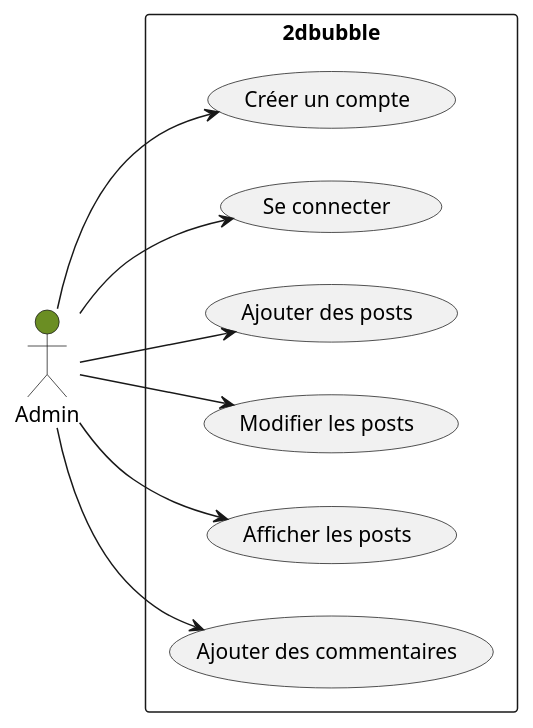
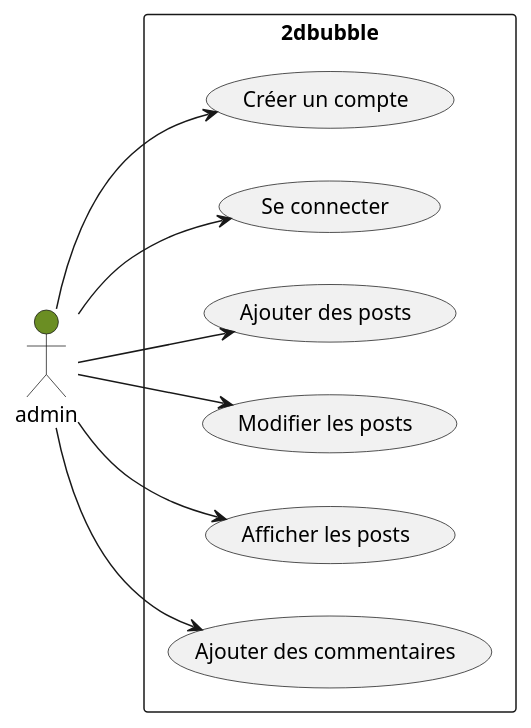
The diagram in diagrammes-uml/UserCase/UserAdmin.puml (laurasullyalexandrine/the2dbubbles), drawn with PlantUML before and after one commit. The commit also changed 15 other files, not shown here.

```diff
--- a/diagrammes-uml/UserCase/UserAdmin.puml
+++ b/diagrammes-uml/UserCase/UserAdmin.puml
@@ -2,23 +2,23 @@
-@startuml Admin
+@startuml admin
 
 left to right direction
 
-actor "Admin" as Admin #OliveDrab
+actor "admin" as admin #OliveDrab
 
 rectangle 2dbubble{
   usecase "Créer un compte" as UC1
   usecase "Se connecter" as UC2
   usecase "Ajouter des posts" as UC3
   usecase "Modifier les posts" as UC4
   usecase "Afficher les posts" as UC5
   usecase "Ajouter des commentaires" as UC6
 }
 
-Admin --> UC1
-Admin --> UC2
-Admin --> UC3
-Admin --> UC4
-Admin --> UC5
-Admin --> UC6
+admin --> UC1
+admin --> UC2
+admin --> UC3
+admin --> UC4
+admin --> UC5
+admin --> UC6
 
 @enduml
```
